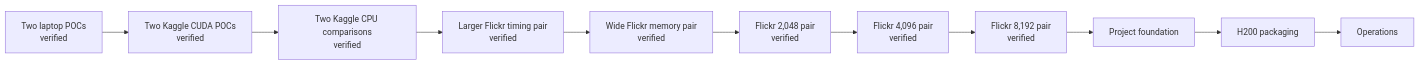
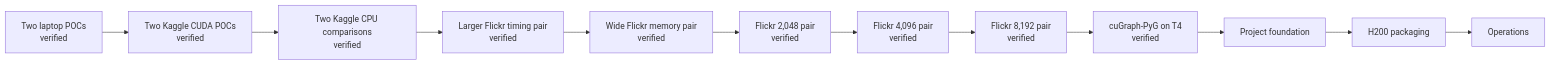
Before and after one commit to gh-andirdju/ml: the diagram in docs/05-plan/phases.md, drawn with Mermaid. The commit also changed other lines of this file and 11 other files, not shown here.

````diff
--- a/docs/05-plan/phases.md
+++ b/docs/05-plan/phases.md
@@ -9,13 +10,14 @@
 ```mermaid
 flowchart LR
     local[Two laptop POCs<br/>verified] --> kaggle[Two Kaggle CUDA POCs<br/>verified]
     kaggle --> cpu[Two Kaggle CPU comparisons<br/>verified]
     cpu --> larger[Larger Flickr timing pair<br/>verified]
     larger --> memory[Wide Flickr memory pair<br/>verified]
     memory --> larger_memory[Flickr 2,048 pair<br/>verified]
     larger_memory --> high_memory[Flickr 4,096 pair<br/>verified]
     high_memory --> maximum_memory[Flickr 8,192 pair<br/>verified]
-    maximum_memory --> foundation[Project foundation]
+    maximum_memory --> cugraph[cuGraph-PyG on T4<br/>verified]
+    cugraph --> foundation[Project foundation]
     foundation --> cluster[H200 packaging]
     cluster --> operations[Operations]
 ```
````
